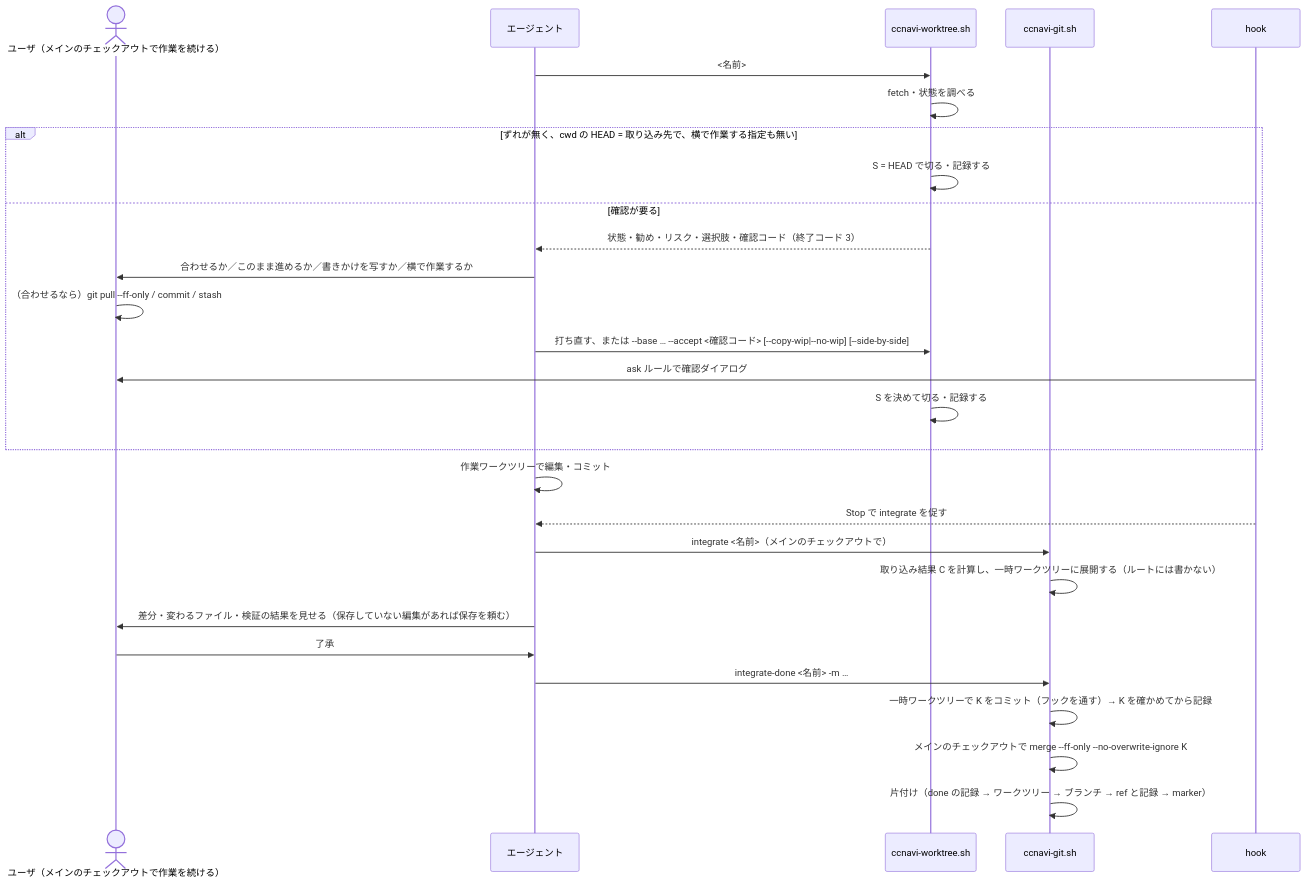
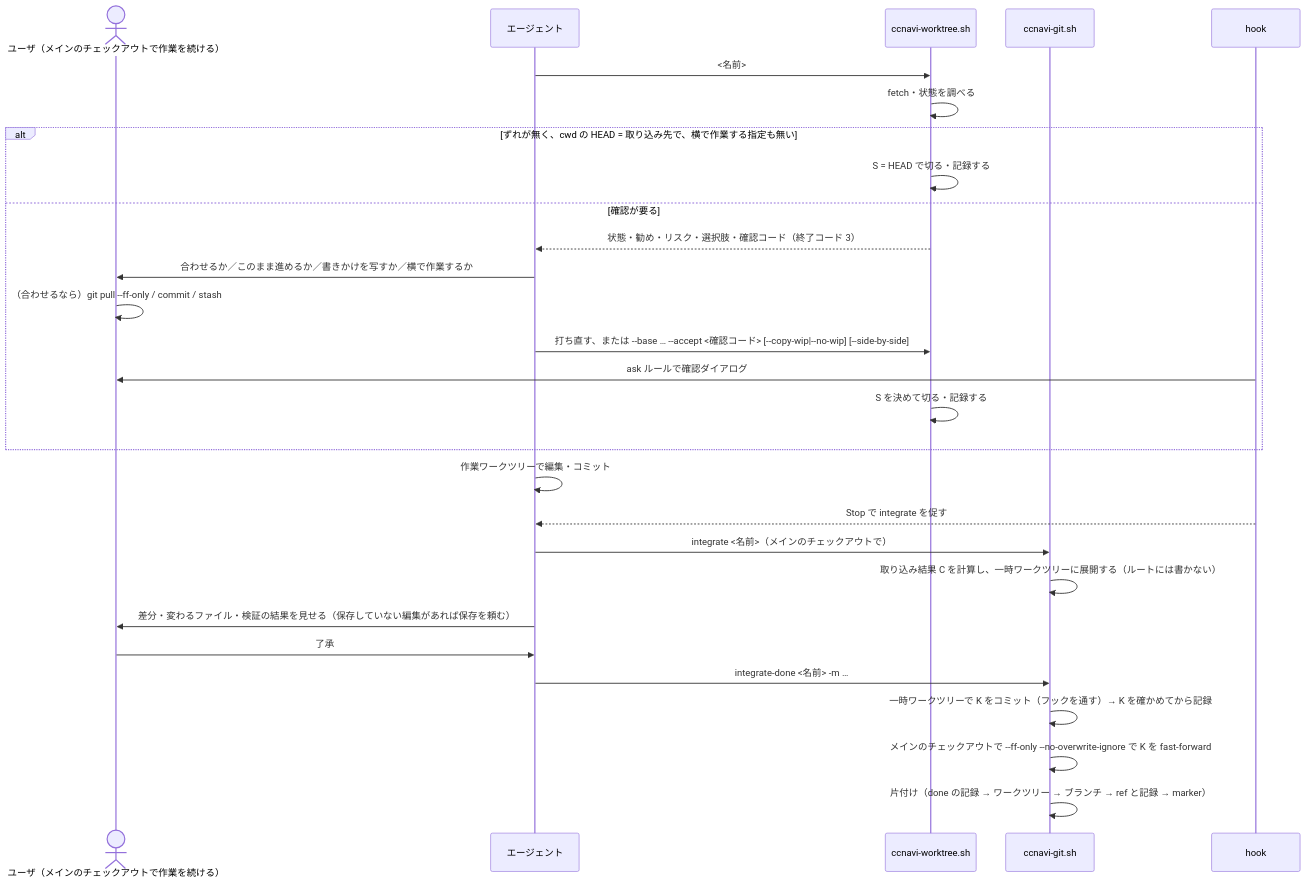
The diagram in .ccnavi/docs/direct-flow.md (yuki-matsu783/ccnavi), drawn with Mermaid before and after one commit. The commit also changed other lines of this file and 2 other files, not shown here.

````diff
--- a/.ccnavi/docs/direct-flow.md
+++ b/.ccnavi/docs/direct-flow.md
@@ -47,30 +47,30 @@
 ```mermaid
 sequenceDiagram
   actor U as ユーザ（メインのチェックアウトで作業を続ける）
   participant A as エージェント
   participant W as ccnavi-worktree.sh
   participant G as ccnavi-git.sh
   participant H as hook
   A->>W: <名前>
   W->>W: fetch・状態を調べる
   alt ずれが無く、cwd の HEAD = 取り込み先で、横で作業する指定も無い
     W->>W: S = HEAD で切る・記録する
   else 確認が要る
     W-->>A: 状態・勧め・リスク・選択肢・確認コード（終了コード 3）
     A->>U: 合わせるか／このまま進めるか／書きかけを写すか／横で作業するか
     U->>U: （合わせるなら）git pull --ff-only / commit / stash
     A->>W: 打ち直す、または --base … --accept <確認コード> [--copy-wip|--no-wip] [--side-by-side]
     H->>U: ask ルールで確認ダイアログ
     W->>W: S を決めて切る・記録する
   end
   A->>A: 作業ワークツリーで編集・コミット
   H-->>A: Stop で integrate を促す
   A->>G: integrate <名前>（メインのチェックアウトで）
   G->>G: 取り込み結果 C を計算し、一時ワークツリーに展開する（ルートには書かない）
   A->>U: 差分・変わるファイル・検証の結果を見せる（保存していない編集があれば保存を頼む）
   U->>A: 了承
   A->>G: integrate-done <名前> -m …
   G->>G: 一時ワークツリーで K をコミット（フックを通す）→ K を確かめてから記録
-  G->>G: メインのチェックアウトで merge --ff-only --no-overwrite-ignore K
+  G->>G: メインのチェックアウトで --ff-only --no-overwrite-ignore で K を fast-forward
   G->>G: 片付け（done の記録 → ワークツリー → ブランチ → ref と記録 → marker）
 ```
````
